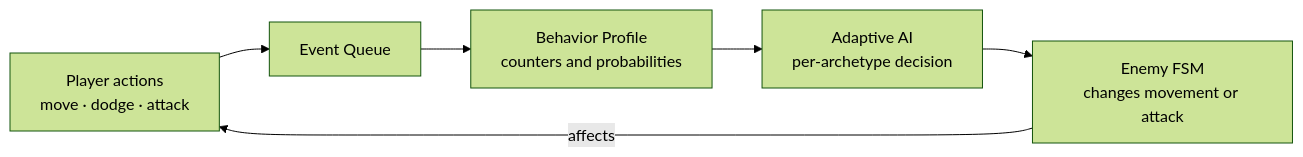
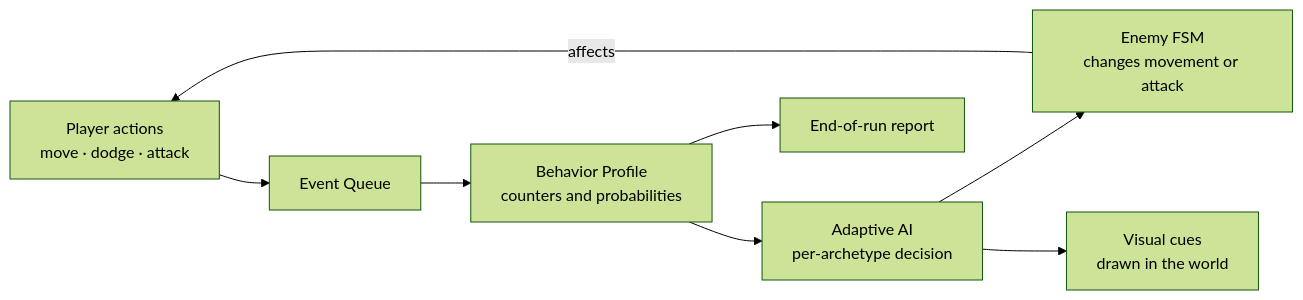
One commit to RaghavKansal-07/DungeonForge changed the first of 2 diagrams in README.md. Above: the diagram before and after it, drawn with Mermaid (forest theme). The commit also changed other lines of this file and 5 other files, not shown here.

Commit message:
Update README for Phase 2: menu, lighting, minimap, AI cues, end-of-run report

````diff
--- a/README.md
+++ b/README.md
@@ -109,8 +136,10 @@
 ```mermaid
 flowchart LR
     A[Player actions<br/>move · dodge · attack] --> B[Event Queue]
     B --> C[Behavior Profile<br/>counters and probabilities]
     C --> D[Adaptive AI<br/>per-archetype decision]
     D --> E[Enemy FSM<br/>changes movement or attack]
     E -->|affects| A
+    D --> F[Visual cues<br/>drawn in the world]
+    C --> G[End-of-run report]
 ```
````
